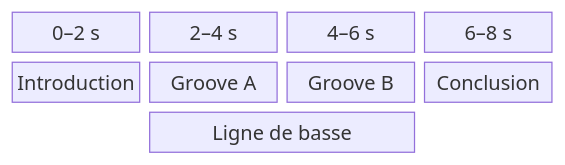
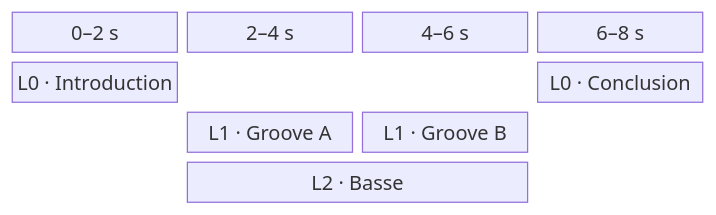
Before and after one commit to LucasBertrand/pianola-doc: the third of 4 diagrams in architecture.md, drawn with Mermaid. The commit also changed other lines of this file and 1 other file, not shown here.

Commit message:
Replace composition graph with clip grid

````diff
--- a/architecture.md
+++ b/architecture.md
@@ -818,7 +787,8 @@
 ```mermaid
 block-beta
     columns 4
     t0["0–2 s"] t1["2–4 s"] t2["4–6 s"] t3["6–8 s"]
-    intro["Introduction"] grooveA["Groove A"] grooveB["Groove B"] conclusion["Conclusion"]
-    space basse["Ligne de basse"]:2 space
+    intro["L0 · Introduction"] space:2 conclusion["L0 · Conclusion"]
+    space grooveA["L1 · Groove A"] grooveB["L1 · Groove B"] space
+    space bass["L2 · Basse"]:2 space
 ```
````
